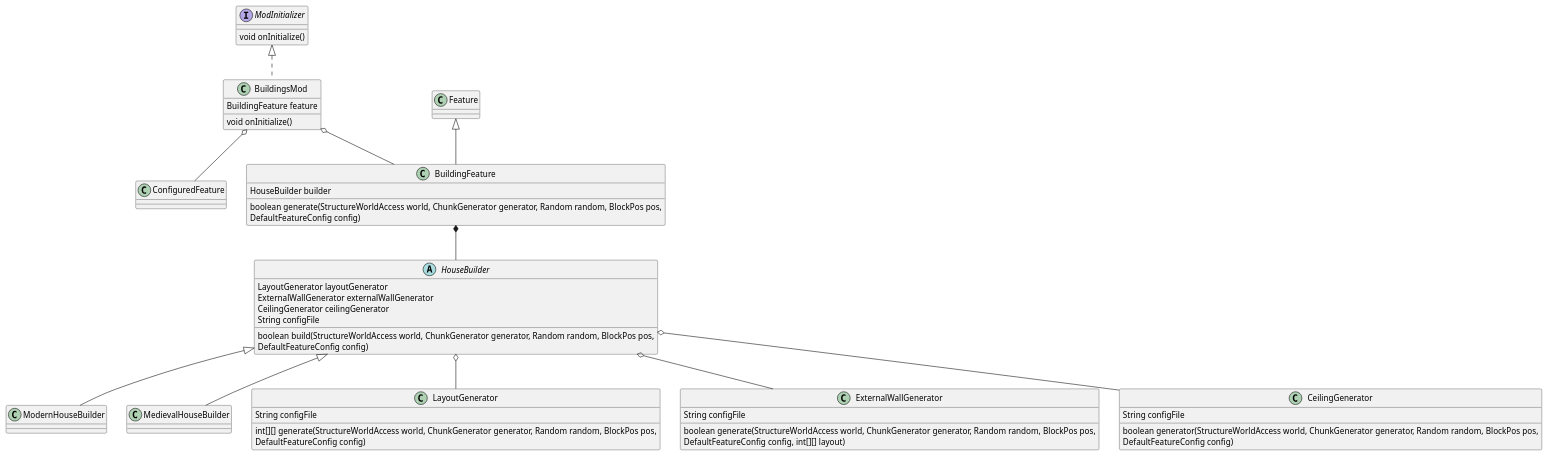
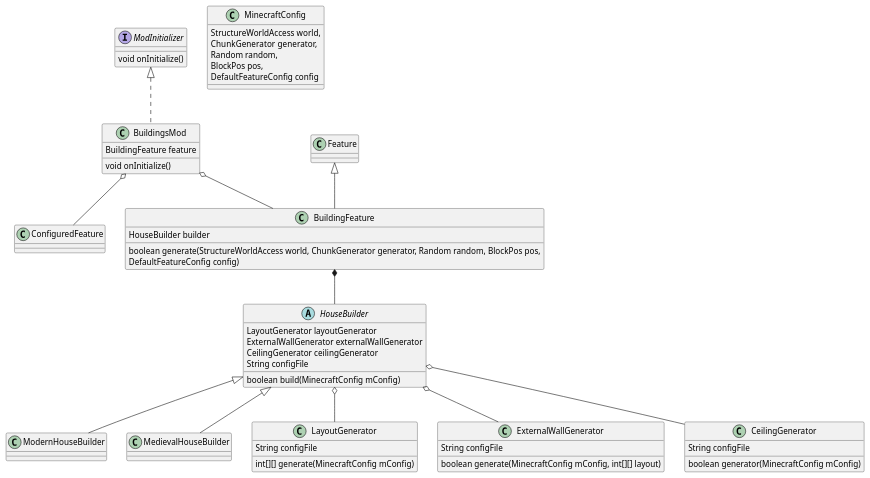
One commit to pmolodyk/MinecraftFabricMod changed the diagram in src/main/ClassUMLDiagram.puml. Above: the diagram before and after it, drawn with PlantUML. The commit also changed 5 other files, not shown here.

Commit message:
Updated UML + CRC

```diff
--- a/src/main/ClassUMLDiagram.puml
+++ b/src/main/ClassUMLDiagram.puml
@@ -1,71 +1,75 @@
 @startuml
 'https://plantuml.com/class-diagram
 
 interface ModInitializer {
     void onInitialize()
 }
 
 class Feature
 
 class ConfiguredFeature
 
 class BuildingFeature {
     HouseBuilder builder
     boolean generate(StructureWorldAccess world, ChunkGenerator generator, Random random, BlockPos pos,
                                 DefaultFeatureConfig config)
 }
 
+class MinecraftConfig{
+    StructureWorldAccess world,
+    ChunkGenerator generator,
+    Random random,
+    BlockPos pos,
+    DefaultFeatureConfig config
+}
+
 class BuildingsMod {
     BuildingFeature feature
     void onInitialize()
 }
 
 abstract class HouseBuilder {
     LayoutGenerator layoutGenerator
     ExternalWallGenerator externalWallGenerator
     CeilingGenerator ceilingGenerator
     String configFile
 
-    boolean build(StructureWorldAccess world, ChunkGenerator generator, Random random, BlockPos pos,
-                                                  DefaultFeatureConfig config)
+    boolean build(MinecraftConfig mConfig)
 }
 
 class ModernHouseBuilder {
 }
 
 class MedievalHouseBuilder {
 }
 
 class LayoutGenerator {
     String configFile
 
-    int[][] generate(StructureWorldAccess world, ChunkGenerator generator, Random random, BlockPos pos,
-                                                               DefaultFeatureConfig config)
+    int[][] generate(MinecraftConfig mConfig)
 }
 
 class ExternalWallGenerator{
     String configFile
-    boolean generate(StructureWorldAccess world, ChunkGenerator generator, Random random, BlockPos pos,
-                                                                       DefaultFeatureConfig config, int[][] layout)
+    boolean generate(MinecraftConfig mConfig, int[][] layout)
 }
 
 class CeilingGenerator{
     String configFile
-    boolean generator(StructureWorldAccess world, ChunkGenerator generator, Random random, BlockPos pos,
-                                                                        DefaultFeatureConfig config)
+    boolean generator(MinecraftConfig mConfig)
 }
 
 ModInitializer <|.. BuildingsMod
 Feature <|-- BuildingFeature
 BuildingsMod o-- BuildingFeature
 BuildingsMod o-- ConfiguredFeature
 BuildingFeature *-- HouseBuilder
 
 HouseBuilder <|-- ModernHouseBuilder
 HouseBuilder <|-- MedievalHouseBuilder
 
 HouseBuilder o-- LayoutGenerator
 HouseBuilder o-- ExternalWallGenerator
 HouseBuilder o-- CeilingGenerator
 
 @enduml
```
